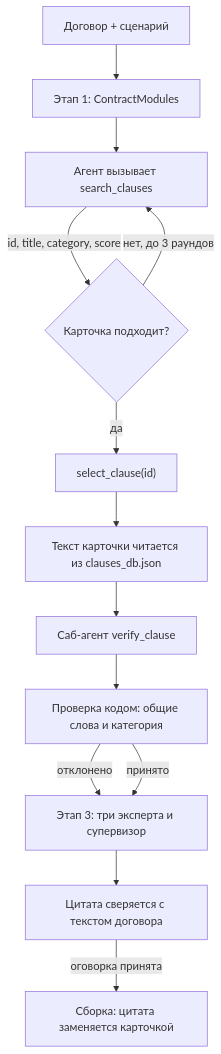
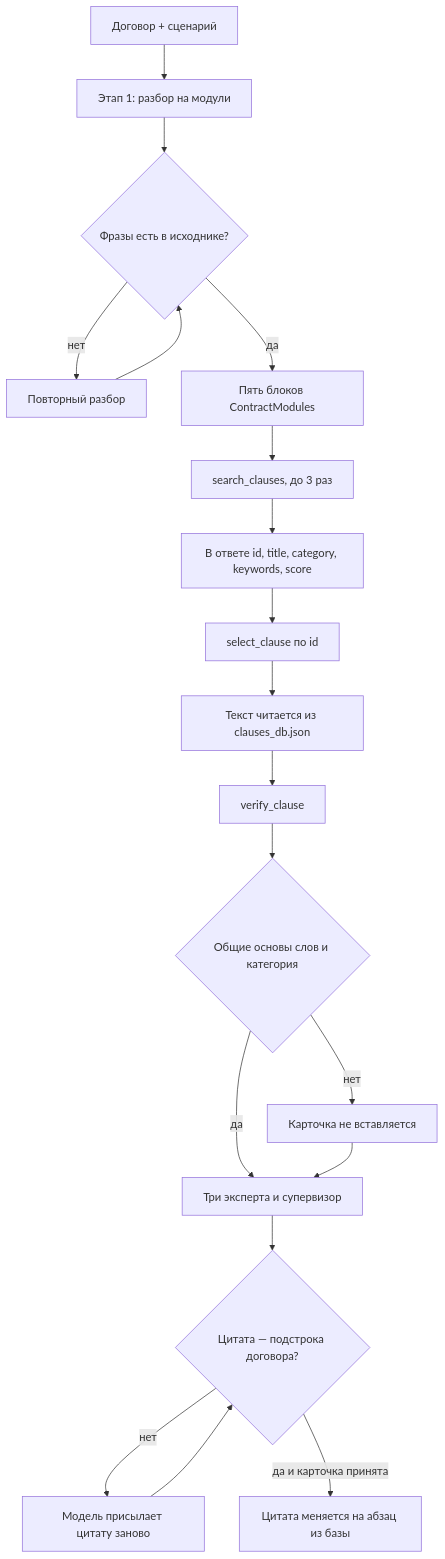
The diagram in README.md (nvtm03/legaltech-antei), drawn with Mermaid before and after one commit. The commit also changed other lines of this file, not shown here.

````diff
--- a/README.md
+++ b/README.md
@@ -43,15 +54,21 @@
 ```mermaid
-graph TD
-    A["Договор + сценарий"] --> B["Этап 1: ContractModules"]
-    B --> C["Агент вызывает search_clauses"]
-    C -->|"id, title, category, score"| D{"Карточка подходит?"}
-    D -->|"нет, до 3 раундов"| C
-    D -->|"да"| E["select_clause(id)"]
-    E --> F["Текст карточки читается из clauses_db.json"]
-    F --> G["Саб-агент verify_clause"]
-    G --> H["Проверка кодом: общие слова и категория"]
-    H -->|"отклонено"| I["Этап 3: три эксперта и супервизор"]
-    H -->|"принято"| I
-    I --> J["Цитата сверяется с текстом договора"]
-    J -->|"оговорка принята"| K["Сборка: цитата заменяется карточкой"]
+flowchart TD
+    In["Договор + сценарий"] --> S1["Этап 1: разбор на модули"]
+    S1 --> S1Check{"Фразы есть в исходнике?"}
+    S1Check -->|"нет"| S1Retry["Повторный разбор"]
+    S1Retry --> S1Check
+    S1Check -->|"да"| Modules["Пять блоков ContractModules"]
+    Modules --> Search["search_clauses, до 3 раз"]
+    Search --> Meta["В ответе id, title, category, keywords, score"]
+    Meta --> Select["select_clause по id"]
+    Select --> Load["Текст читается из clauses_db.json"]
+    Load --> Verify["verify_clause"]
+    Verify --> Gate{"Общие основы слов и категория"}
+    Gate -->|"нет"| Stop["Карточка не вставляется"]
+    Gate -->|"да"| Stress["Три эксперта и супервизор"]
+    Stop --> Stress
+    Stress --> Quote{"Цитата — подстрока договора?"}
+    Quote -->|"нет"| QuoteFix["Модель присылает цитату заново"]
+    QuoteFix --> Quote
+    Quote -->|"да и карточка принята"| Assemble["Цитата меняется на абзац из базы"]
 ```
````
